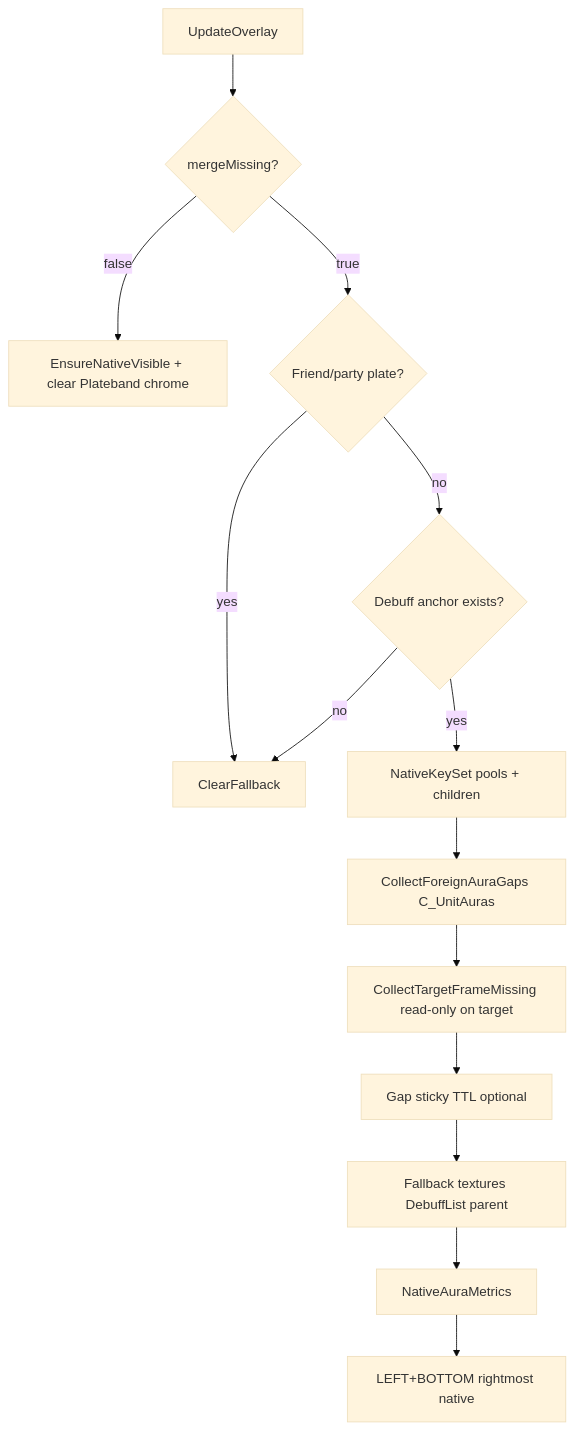
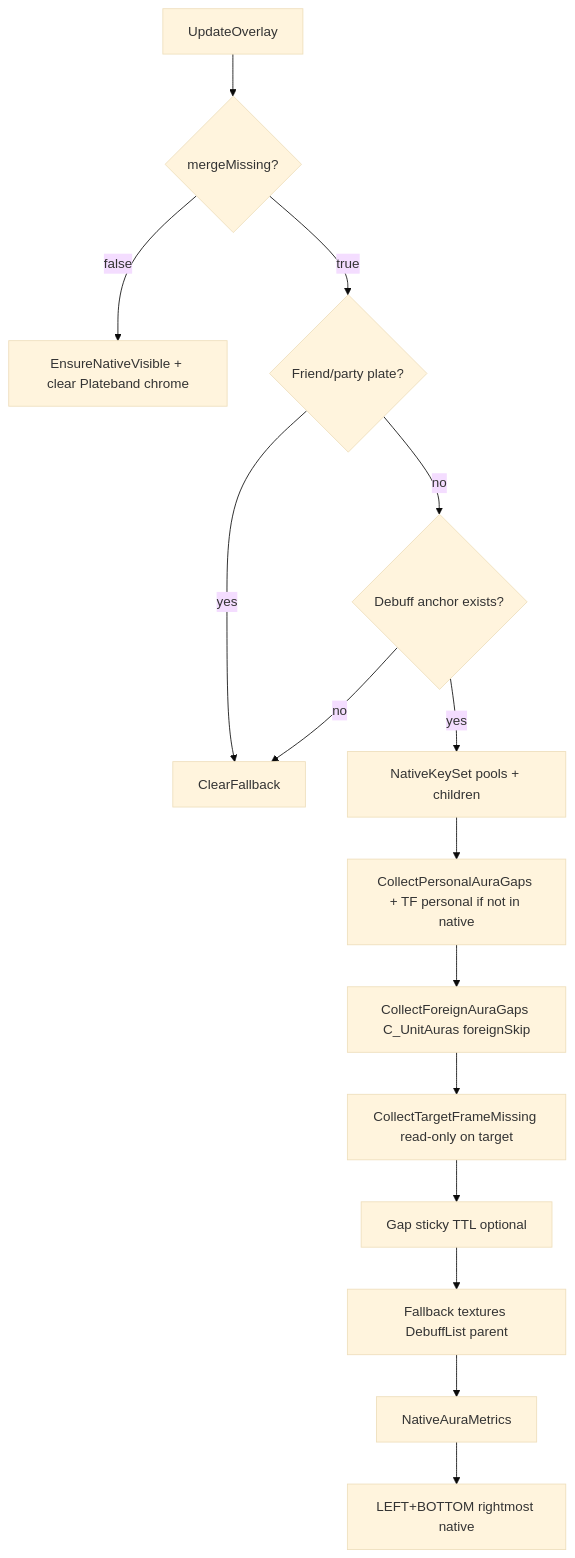
One commit to sirTurbisCZ/wow-forever-addons changed the diagram in addons/Plateband/Docs/merge-design.md. Above: the diagram before and after it, drawn with Mermaid (base theme). The commit also changed other lines of this file and 5 other files, not shown here.

First line of the commit message:
Plateband 0.2.5: personal gap fill when native row empty

````diff
--- a/addons/Plateband/Docs/merge-design.md
+++ b/addons/Plateband/Docs/merge-design.md
@@ -22,16 +22,17 @@
 ```mermaid
 flowchart TD
   tick[UpdateOverlay] --> gate{mergeMissing?}
   gate -->|false| nativeOnly[EnsureNativeVisible + clear Plateband chrome]
   gate -->|true| enemy{Friend/party plate?}
   enemy -->|yes| skip[ClearFallback]
   enemy -->|no| row{Debuff anchor exists?}
   row -->|no| skip
   row -->|yes| native[NativeKeySet pools + children]
-  native --> api[CollectForeignAuraGaps C_UnitAuras]
+  native --> per[CollectPersonalAuraGaps + TF personal if not in native]
+  per --> api[CollectForeignAuraGaps C_UnitAuras foreignSkip]
   api --> tf[CollectTargetFrameMissing read-only on target]
   tf --> sticky[Gap sticky TTL optional]
   sticky --> paint[Fallback textures DebuffList parent]
   paint --> metrics[NativeAuraMetrics]
   metrics --> layout[LEFT+BOTTOM rightmost native]
 ```
````
